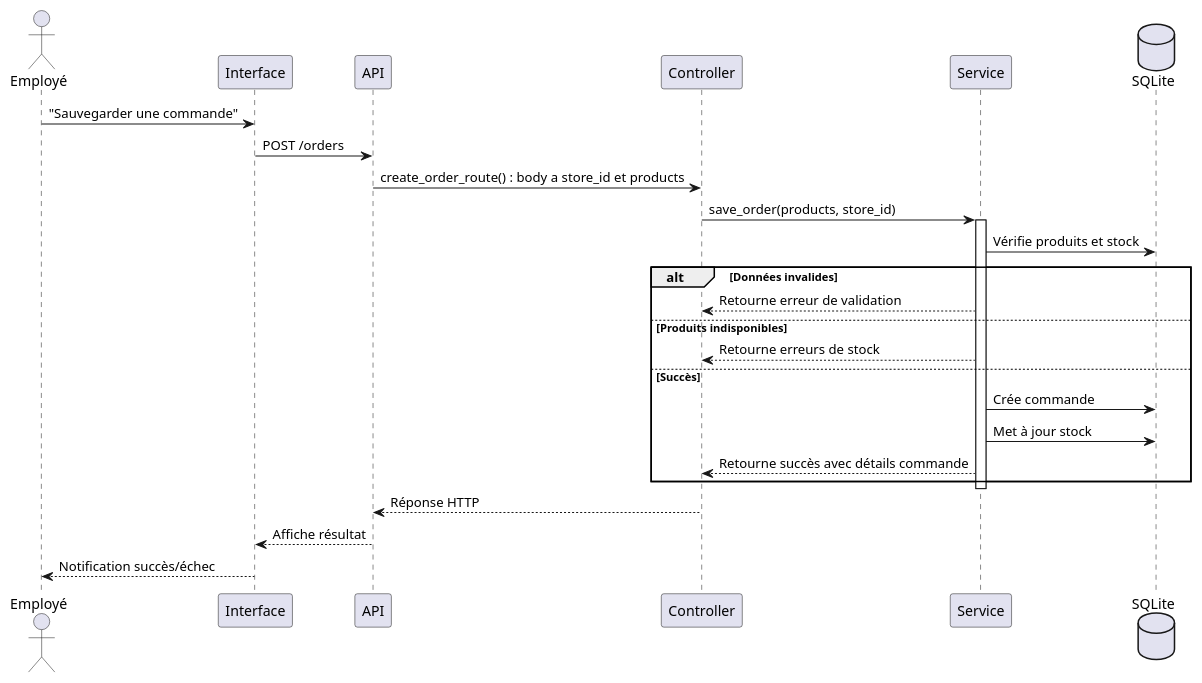
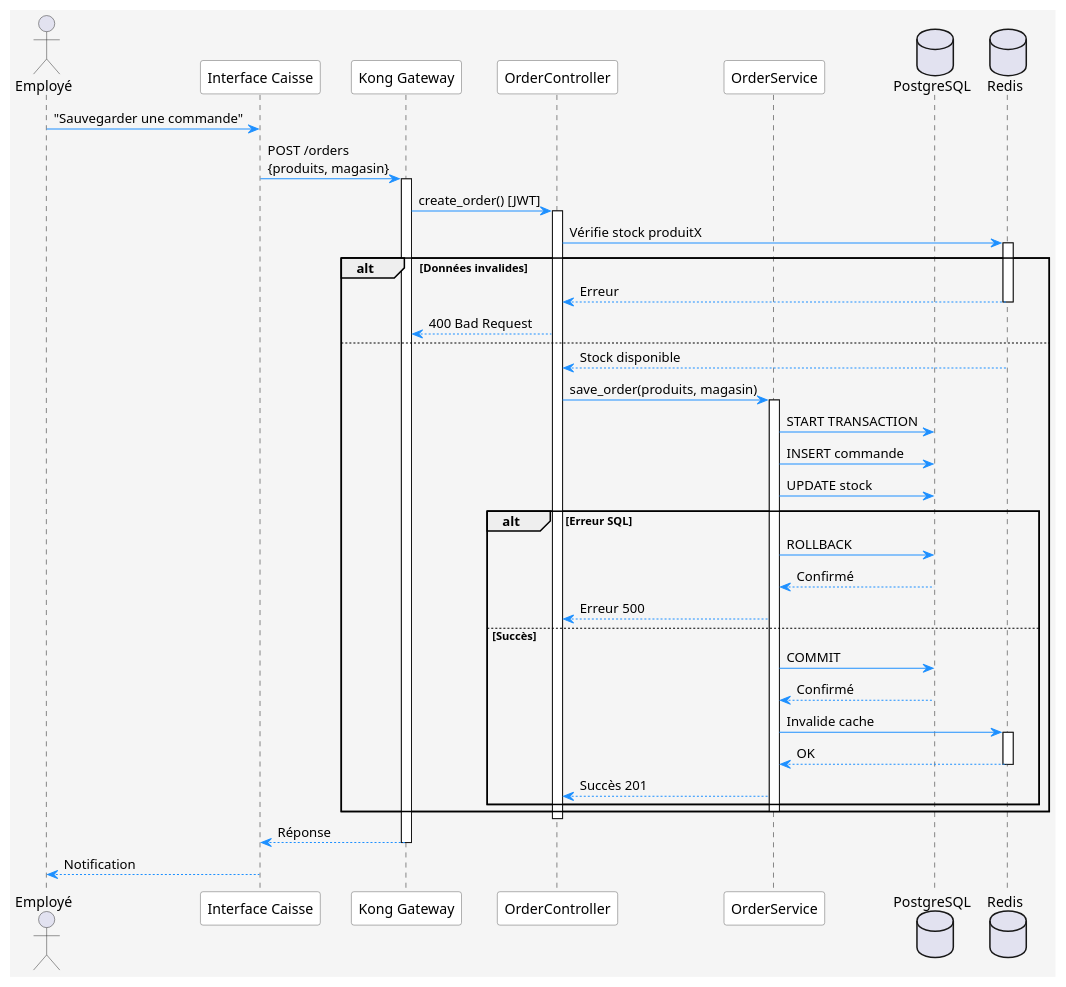
One commit to ErwanDerrien/GestionnaireMagasin changed the diagram in documentation/UML/Processus/SequenceSaveOrder.puml. Above: the diagram before and after it, drawn with PlantUML. The commit also changed 14 other files, not shown here.

```diff
--- a/documentation/UML/Processus/SequenceSaveOrder.puml
+++ b/documentation/UML/Processus/SequenceSaveOrder.puml
@@ -1,32 +1,63 @@
 @startuml Sauvegarder une commande
 
-actor Employé as ge
-participant Interface as in
-participant API as api
-participant Controller as co
-participant Service as se
-database SQLite as db
+skinparam {
+    BackgroundColor #F5F5F5
+    ActorBorderColor #333
+    ParticipantBackgroundColor #FFFFFF
+    ParticipantBorderColor #666
+    ArrowColor #1E90FF
+    SequenceMessageAlign reverse
+}
+
+actor "Employé" as ge
+participant "Interface Caisse" as in
+participant "Kong Gateway" as api
+participant "OrderController" as co
+participant "OrderService" as se
+database "PostgreSQL" as db
+database "Redis" as cache
 
 ge -> in : "Sauvegarder une commande"
-in -> api : POST /orders
-api -> co : create_order_route() : body a store_id et products
-co -> se : save_order(products, store_id)
+in -> api : POST /orders\n{produits, magasin}
+activate api
+api -> co : create_order() [JWT]
+activate co
 
-activate se
-se -> db : Vérifie produits et stock
+co -> cache : Vérifie stock produitX
+activate cache
 alt Données invalides
-    se --> co : Retourne erreur de validation
-else Produits indisponibles
-    se --> co : Retourne erreurs de stock
-else Succès
-    se -> db : Crée commande
-    se -> db : Met à jour stock
-    se --> co : Retourne succès avec détails commande
+    cache --> co : Erreur
+    deactivate cache
+    co --> api : 400 Bad Request
+else
+    cache --> co : Stock disponible
+    deactivate cache
+    co -> se : save_order(produits, magasin)
+    activate se
+
+    se -> db : START TRANSACTION
+    se -> db : INSERT commande
+    se -> db : UPDATE stock
+    alt Erreur SQL
+        se -> db : ROLLBACK
+        db --> se : Confirmé
+        se --> co : Erreur 500
+    else Succès
+        se -> db : COMMIT
+        db --> se : Confirmé
+        se -> cache : Invalide cache
+        activate cache
+        cache --> se : OK
+        deactivate cache
+        se --> co : Succès 201
+    end
+    deactivate se
 end
-deactivate se
 
-co --> api : Réponse HTTP
-api --> in : Affiche résultat
-in --> ge : Notification succès/échec
+deactivate co
+api --> in : Réponse
+deactivate api
+in --> ge : Notification
+deactivate in
 
 @enduml
```
